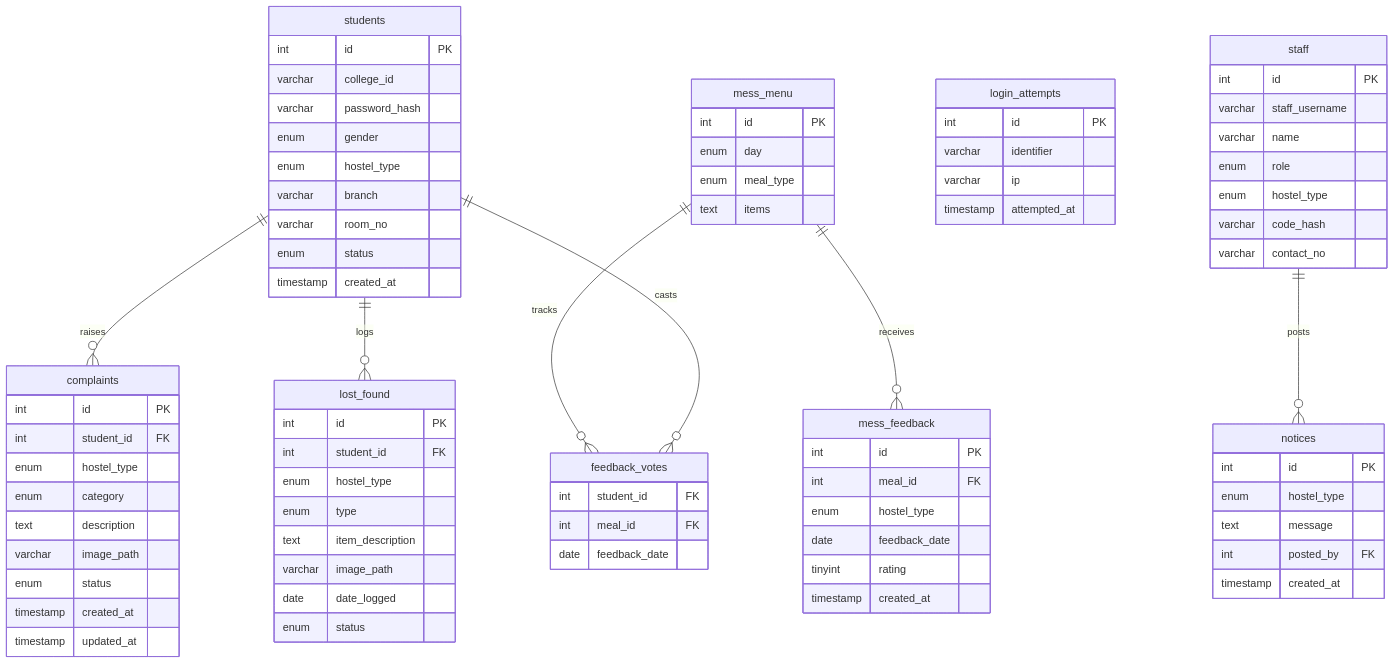
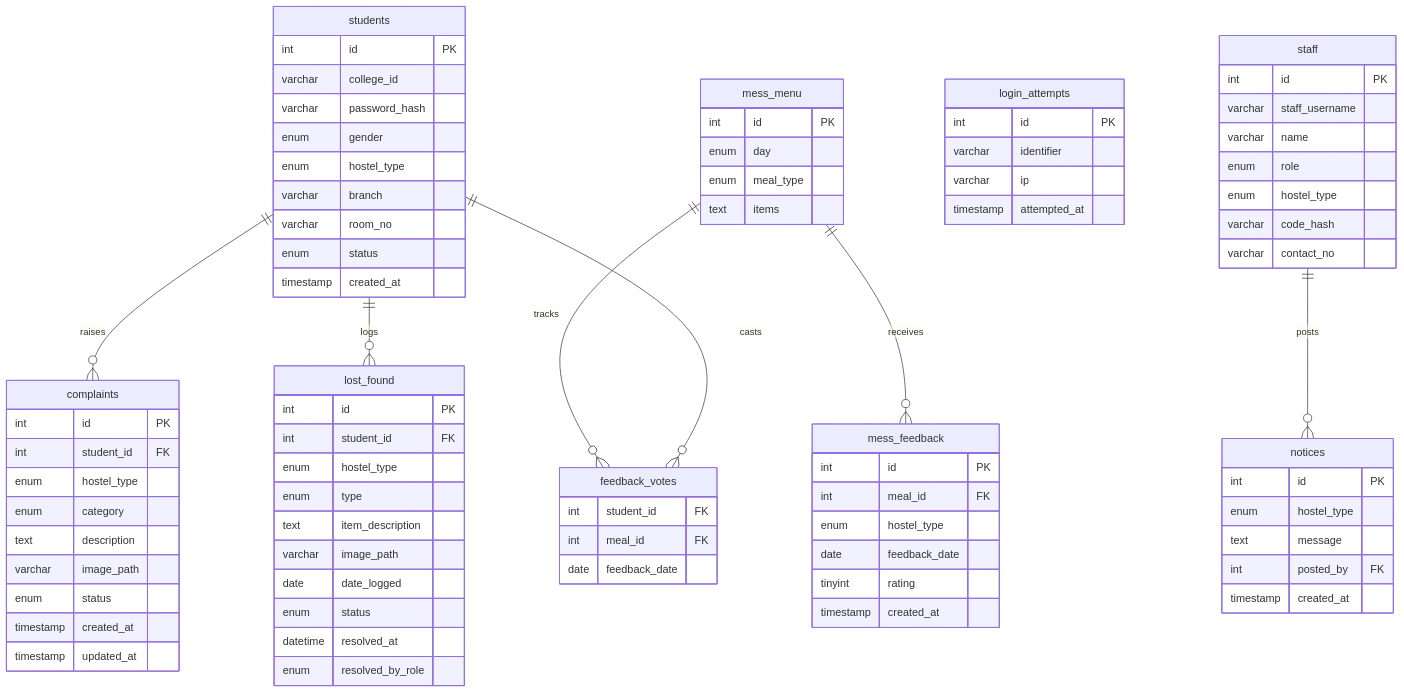
The third of 3 diagrams in README.md (srivastavaamishka-glitch/Hostel-Management-System-IIIT-KOTA-), drawn with Mermaid before and after one commit. The commit also changed other lines of this file and 8 other files, not shown here.

```diff
--- a/README.md
+++ b/README.md
@@ -201,6 +203,8 @@
         varchar image_path
         date date_logged
         enum status
+        datetime resolved_at
+        enum resolved_by_role
     }
 
     students ||--o{ complaints : "raises"
```
